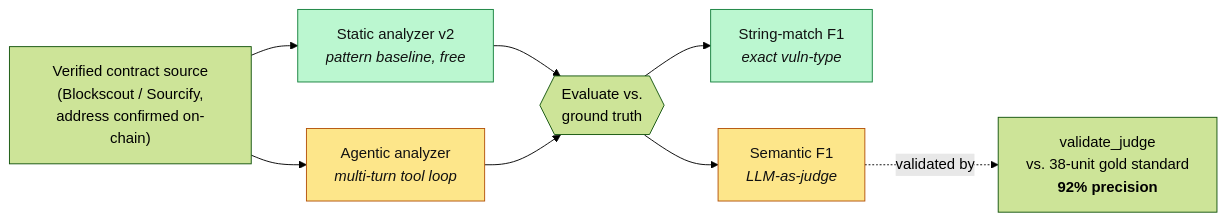
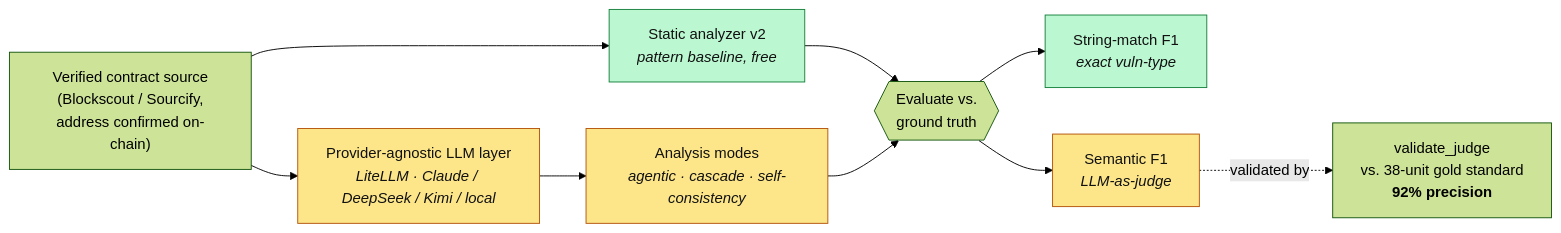
Before and after one commit to 0xSoftBoi/anthropic-fellowship: the first of 3 diagrams in ai-security/README.md, drawn with Mermaid (forest theme). The commit also changed other lines of this file and 3 other files, not shown here.

First line of the commit message:
docs: update READMEs, INDEX, RESEARCH + diagrams for multi-model & optimization

````diff
--- a/ai-security/README.md
+++ b/ai-security/README.md
@@ -21,16 +21,17 @@
 ```mermaid
 flowchart LR
     SRC["Verified contract source<br/>(Blockscout / Sourcify,<br/>address confirmed on-chain)"]
     SRC --> STATIC["Static analyzer v2<br/><i>pattern baseline, free</i>"]
-    SRC --> AGENT["Agentic analyzer<br/><i>multi-turn tool loop</i>"]
+    SRC --> LLM["Provider-agnostic LLM layer<br/><i>LiteLLM · Claude / DeepSeek / Kimi / local</i>"]
+    LLM --> MODES["Analysis modes<br/><i>agentic · cascade · self-consistency</i>"]
     STATIC --> EVAL{{"Evaluate vs.<br/>ground truth"}}
-    AGENT --> EVAL
+    MODES --> EVAL
     EVAL --> STR["String-match F1<br/><i>exact vuln-type</i>"]
     EVAL --> SEM["Semantic F1<br/><i>LLM-as-judge</i>"]
     SEM -.validated by.-> GOLD["validate_judge<br/>vs. 38-unit gold standard<br/><b>92% precision</b>"]
 
     classDef paid fill:#fde68a,stroke:#b45309,color:#111;
     classDef free fill:#bbf7d0,stroke:#15803d,color:#111;
-    class AGENT,SEM paid;
+    class LLM,MODES,SEM paid;
     class STATIC,STR free;
 ```
````
